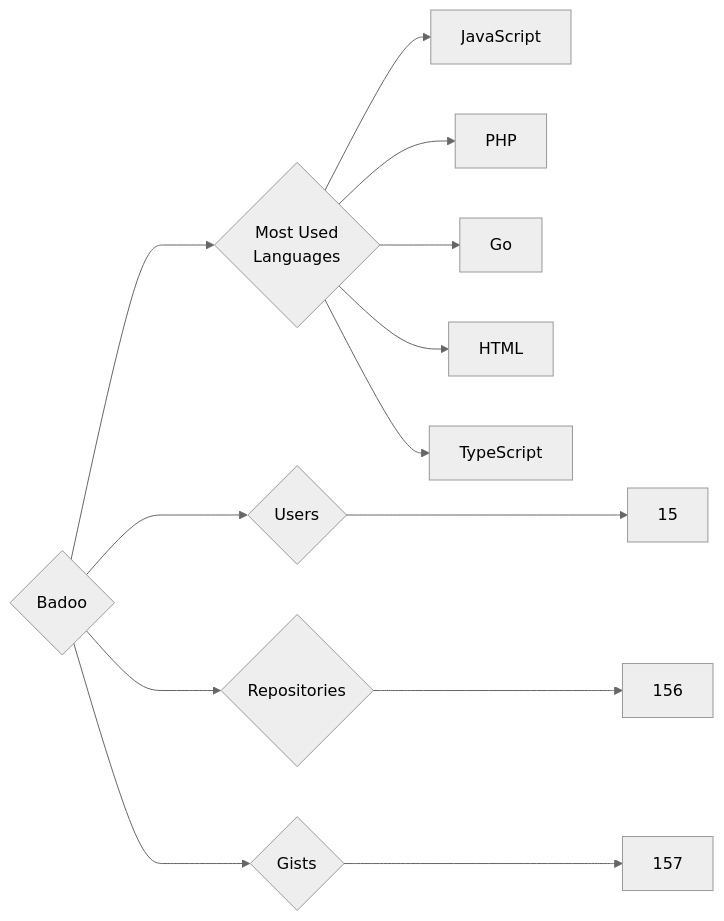
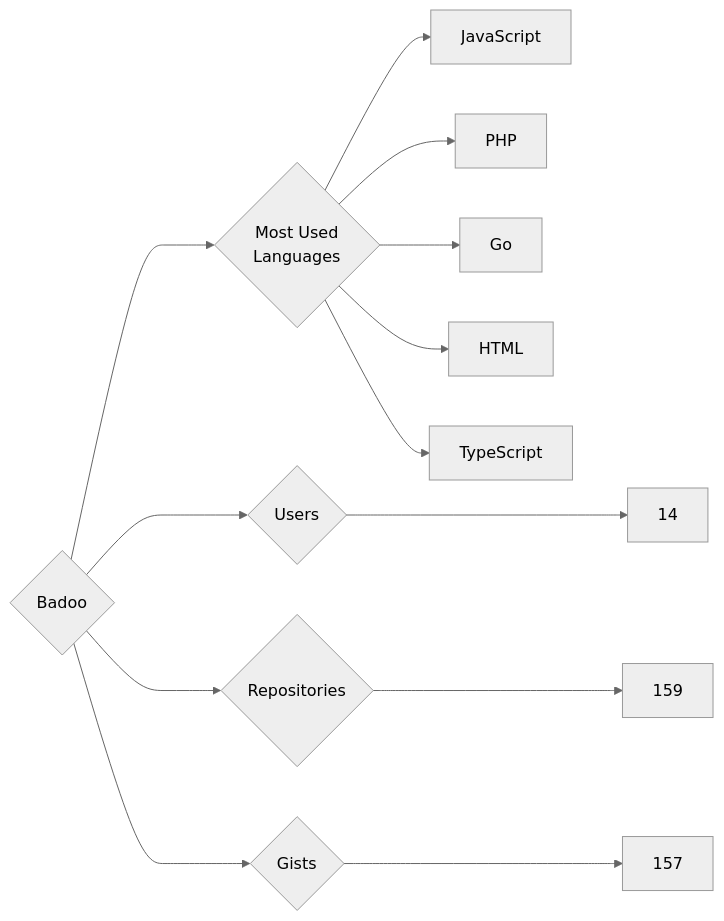
Before and after one commit to trickest/insiders: the diagram in targets/Badoo/README.md, drawn with Mermaid (neutral theme). The commit also changed 1238 other files, not shown here.

````diff
--- a/targets/Badoo/README.md
+++ b/targets/Badoo/README.md
@@ -3,13 +3,13 @@
 ```mermaid
 graph LR
 COMPANY_NAME{Badoo}
-COMPANY_NAME ---> U{Users} ---> UN[15]
-COMPANY_NAME ---> R{Repositories} ---> RN[156]
+COMPANY_NAME ---> U{Users} ---> UN[14]
+COMPANY_NAME ---> R{Repositories} ---> RN[159]
 COMPANY_NAME ---> G{Gists} ---> GN[157]
 COMPANY_NAME ---> ML{Most Used<br>Languages}
 ML --> JavaScript[JavaScript]
 ML --> PHP[PHP]
 ML --> Go[Go]
 ML --> HTML[HTML]
 ML --> TypeScript[TypeScript]
 ```
````
